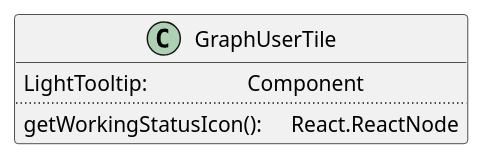
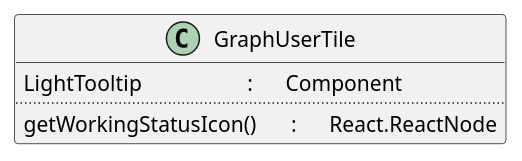
The diagram in frontend/components/graph_user_tile/graph_user_tile.class.puml (avasoft-mobility/workday-design), drawn with PlantUML before and after one commit. The commit also changed 3 other files, not shown here.

```diff
--- a/frontend/components/graph_user_tile/graph_user_tile.class.puml
+++ b/frontend/components/graph_user_tile/graph_user_tile.class.puml
@@ -1,8 +1,8 @@
 @startuml GraphUserTile
 
 class GraphUserTile {
-    LightTooltip: \t\t\t Component
+    LightTooltip\t\t\t : \tComponent
     ..
-    getWorkingStatusIcon(): \t React.ReactNode
+    getWorkingStatusIcon()\t : \tReact.ReactNode
 }
 @enduml
```
